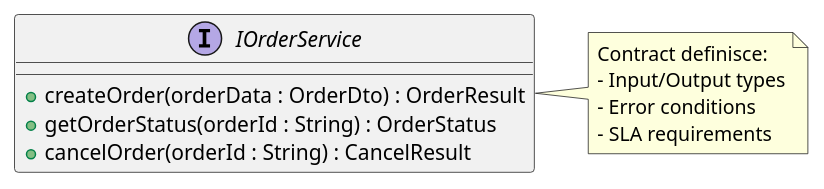
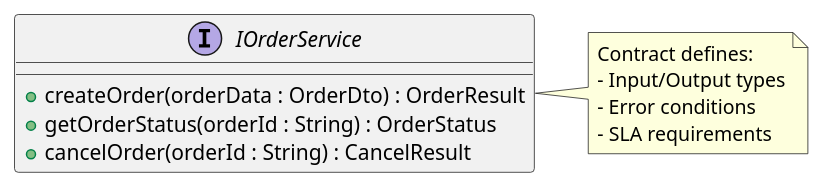
One commit to Seniorsimo/sas-template changed diagram 25 of 27 in 04-structural-diagrams/component-diagrams/README.md. Above: the diagram before and after it, drawn with PlantUML. The commit also changed other lines of this file and 49 other files, not shown here.

````diff
--- a/04-structural-diagrams/component-diagrams/README.md
+++ b/04-structural-diagrams/component-diagrams/README.md
@@ -826,9 +826,9 @@
 ```plantuml
 interface "IOrderService" {
   +createOrder(orderData : OrderDto) : OrderResult
   +getOrderStatus(orderId : String) : OrderStatus
   +cancelOrder(orderId : String) : CancelResult
 }
 
-note right of IOrderService : Contract definisce:\n- Input/Output types\n- Error conditions\n- SLA requirements
+note right of IOrderService : Contract defines:\n- Input/Output types\n- Error conditions\n- SLA requirements
 ```
````
